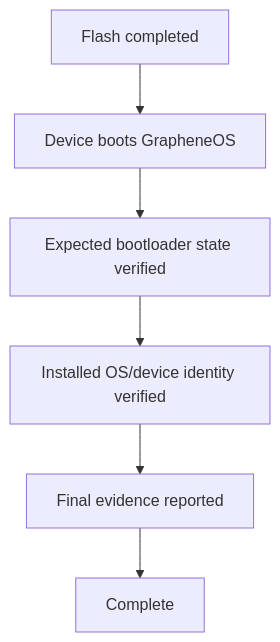
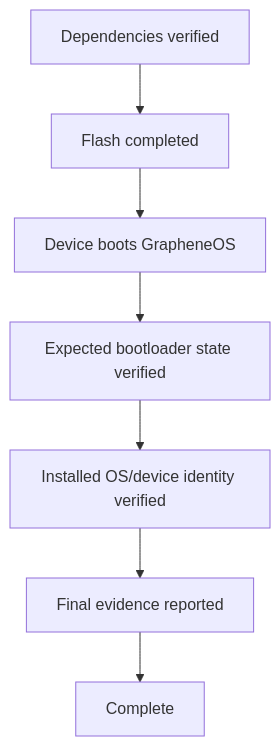
The sixth of 6 diagrams in install/grapheneos/install-grapheneos.spec.md (starodubtsevconsulting/ai-commands), drawn with Mermaid before and after one commit. The commit also changed other lines of this file, not shown here.

Commit message:
Specify GrapheneOS host dependencies

````diff
--- a/install/grapheneos/install-grapheneos.spec.md
+++ b/install/grapheneos/install-grapheneos.spec.md
@@ -182,8 +182,9 @@
 ```mermaid
 flowchart TD
-  Flash["Flash completed"] --> Boot["Device boots GrapheneOS"]
+  Dependencies["Dependencies verified"] --> Flash["Flash completed"]
+  Flash --> Boot["Device boots GrapheneOS"]
   Boot --> Lock["Expected bootloader state verified"]
   Lock --> Identity["Installed OS/device identity verified"]
   Identity --> Report["Final evidence reported"]
   Report --> Complete["Complete"]
 ```
````
